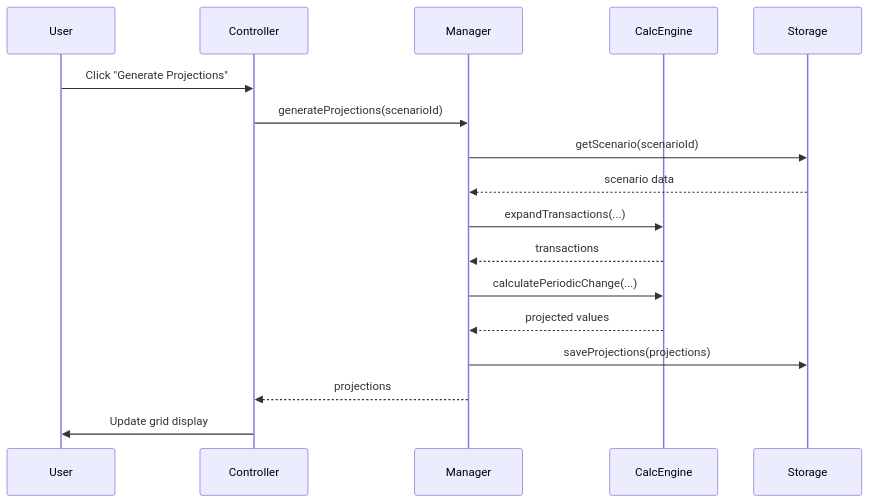
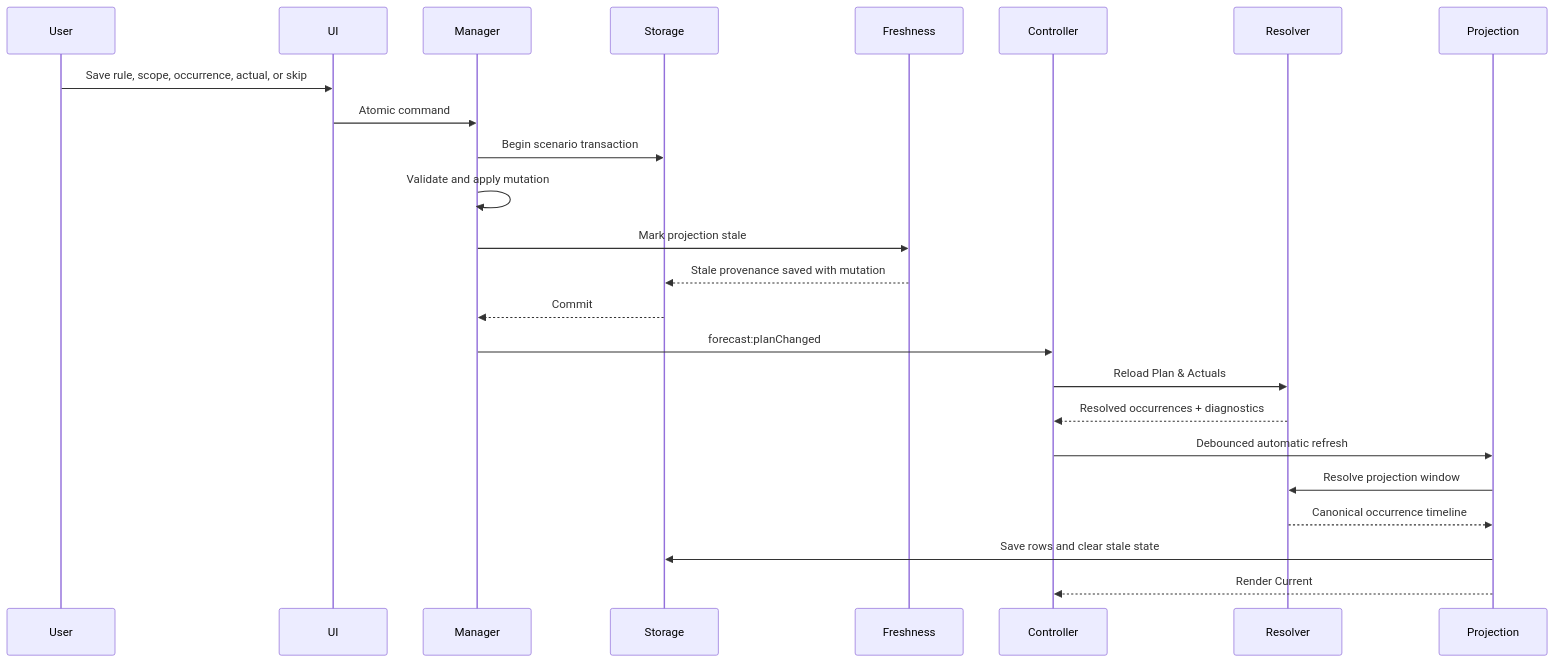
The second of 2 diagrams in Documentation/TECH_ARCHITECTURE.md (BicycleJeanre/ftrack), drawn with Mermaid before and after one commit. The commit also changed other lines of this file and 78 other files, not shown here.

Commit message:
Complete unified Plan & Actuals workflow

````diff
--- a/Documentation/TECH_ARCHITECTURE.md
+++ b/Documentation/TECH_ARCHITECTURE.md
@@ -254,20 +267,27 @@
 ```mermaid
 sequenceDiagram
     participant User
+    participant UI
+    participant Manager
+    participant Storage
+    participant Freshness
     participant Controller
-    participant Manager
-    participant CalcEngine
-    participant Storage
-    
-    User->>Controller: Click "Generate Projections"
-    Controller->>Manager: generateProjections(scenarioId)
-    Manager->>Storage: getScenario(scenarioId)
-    Storage-->>Manager: scenario data
-    Manager->>CalcEngine: expandTransactions(...)
-    CalcEngine-->>Manager: transactions
-    Manager->>CalcEngine: calculatePeriodicChange(...)
-    CalcEngine-->>Manager: projected values
-    Manager->>Storage: saveProjections(projections)
-    Manager-->>Controller: projections
-    Controller->>User: Update grid display
+    participant Resolver
+    participant Projection
+
+    User->>UI: Save rule, scope, occurrence, actual, or skip
+    UI->>Manager: Atomic command
+    Manager->>Storage: Begin scenario transaction
+    Manager->>Manager: Validate and apply mutation
+    Manager->>Freshness: Mark projection stale
+    Freshness-->>Storage: Stale provenance saved with mutation
+    Storage-->>Manager: Commit
+    Manager->>Controller: forecast:planChanged
+    Controller->>Resolver: Reload Plan & Actuals
+    Resolver-->>Controller: Resolved occurrences + diagnostics
+    Controller->>Projection: Debounced automatic refresh
+    Projection->>Resolver: Resolve projection window
+    Resolver-->>Projection: Canonical occurrence timeline
+    Projection->>Storage: Save rows and clear stale state
+    Projection-->>Controller: Render Current
 ```
````
